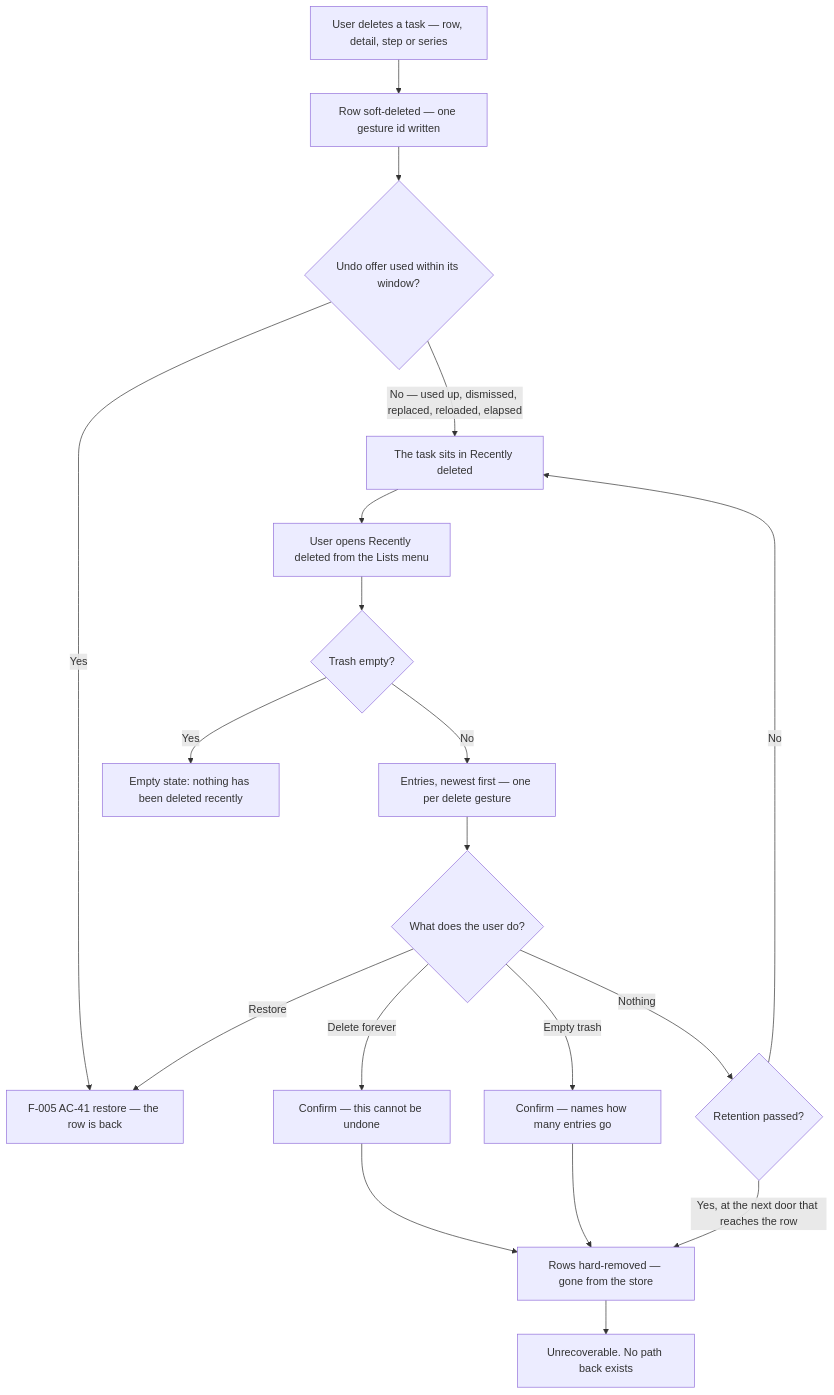
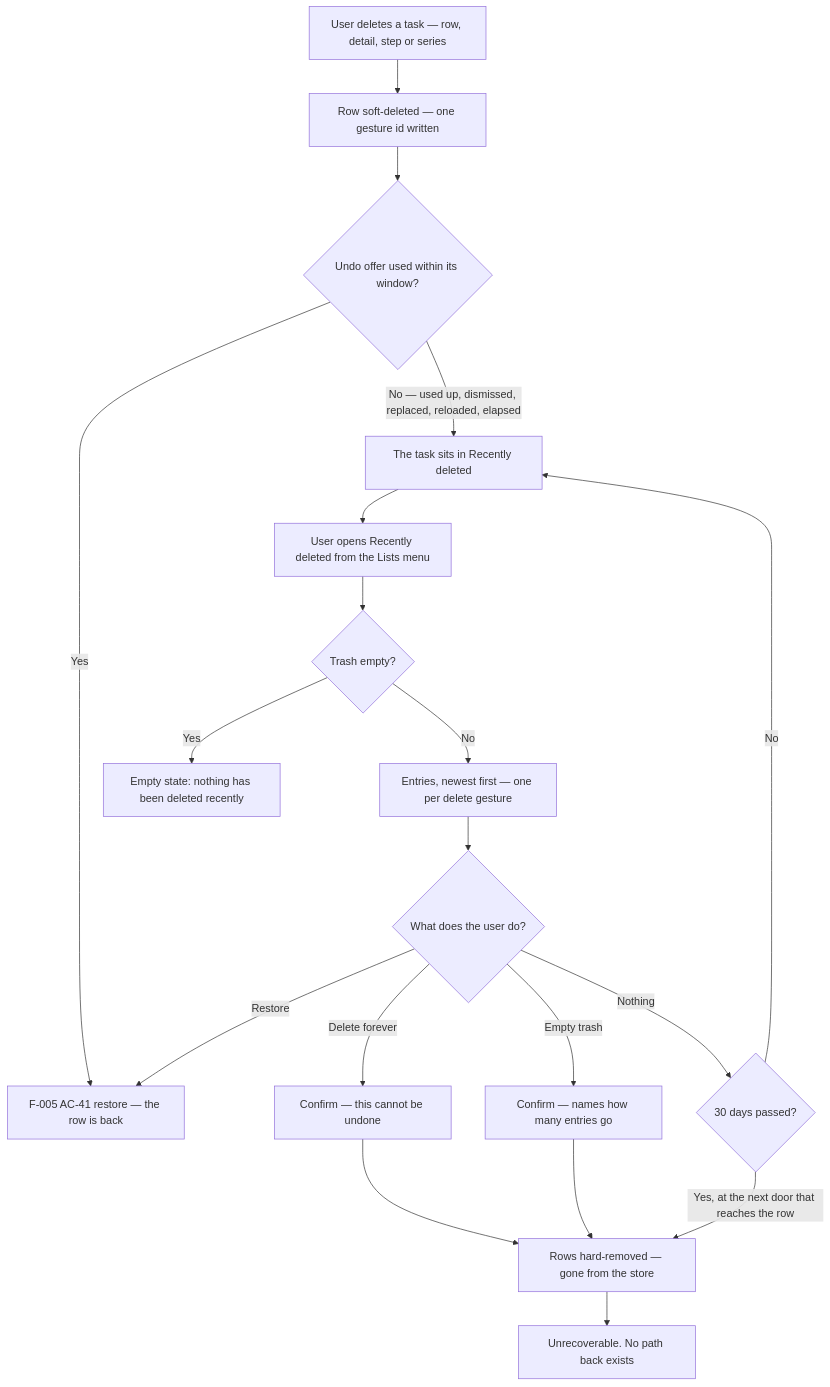
The first of 2 diagrams in docs/specs/assistant/F-006-recently-deleted.md (tandt53/todo-ai-redesign), drawn with Mermaid before and after one commit. The commit also changed other lines of this file and 3 other files, not shown here.

````diff
--- a/docs/specs/assistant/F-006-recently-deleted.md
+++ b/docs/specs/assistant/F-006-recently-deleted.md
@@ -118,21 +118,21 @@
 ```mermaid
 flowchart TD
     A[User deletes a task — row, detail, step or series] --> B[Row soft-deleted — one gesture id written]
     B --> C{Undo offer used within its window?}
     C -->|Yes| D[F-005 AC-41 restore — the row is back]
     C -->|No — used up, dismissed, replaced, reloaded, elapsed| E[The task sits in Recently deleted]
     E --> F[User opens Recently deleted from the Lists menu]
     F --> G{Trash empty?}
     G -->|Yes| H[Empty state: nothing has been deleted recently]
     G -->|No| I[Entries, newest first — one per delete gesture]
     I --> J{What does the user do?}
     J -->|Restore| D
     J -->|Delete forever| K[Confirm — this cannot be undone]
     J -->|Empty trash| L[Confirm — names how many entries go]
-    J -->|Nothing| M{Retention passed?}
+    J -->|Nothing| M{30 days passed?}
     K --> N[Rows hard-removed — gone from the store]
     L --> N
     M -->|Yes, at the next door that reaches the row| N
     M -->|No| E
     N --> O[Unrecoverable. No path back exists]
 ```
````
